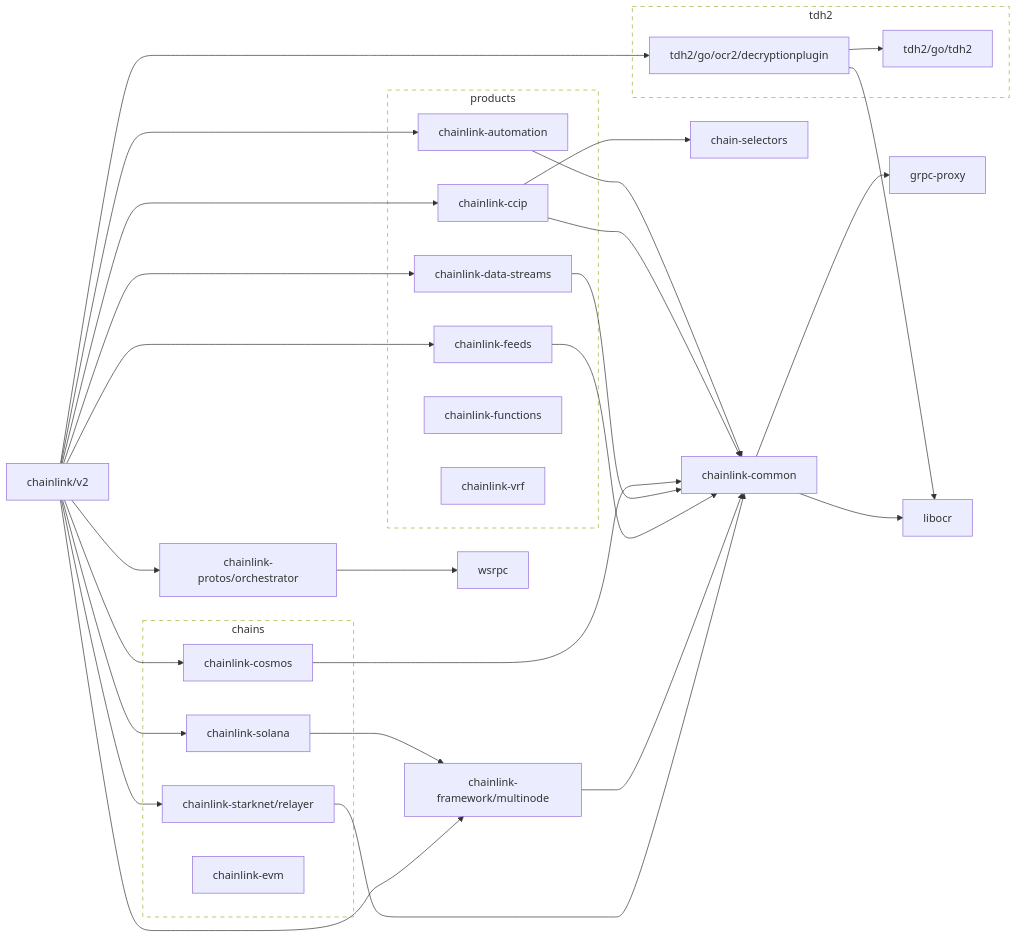
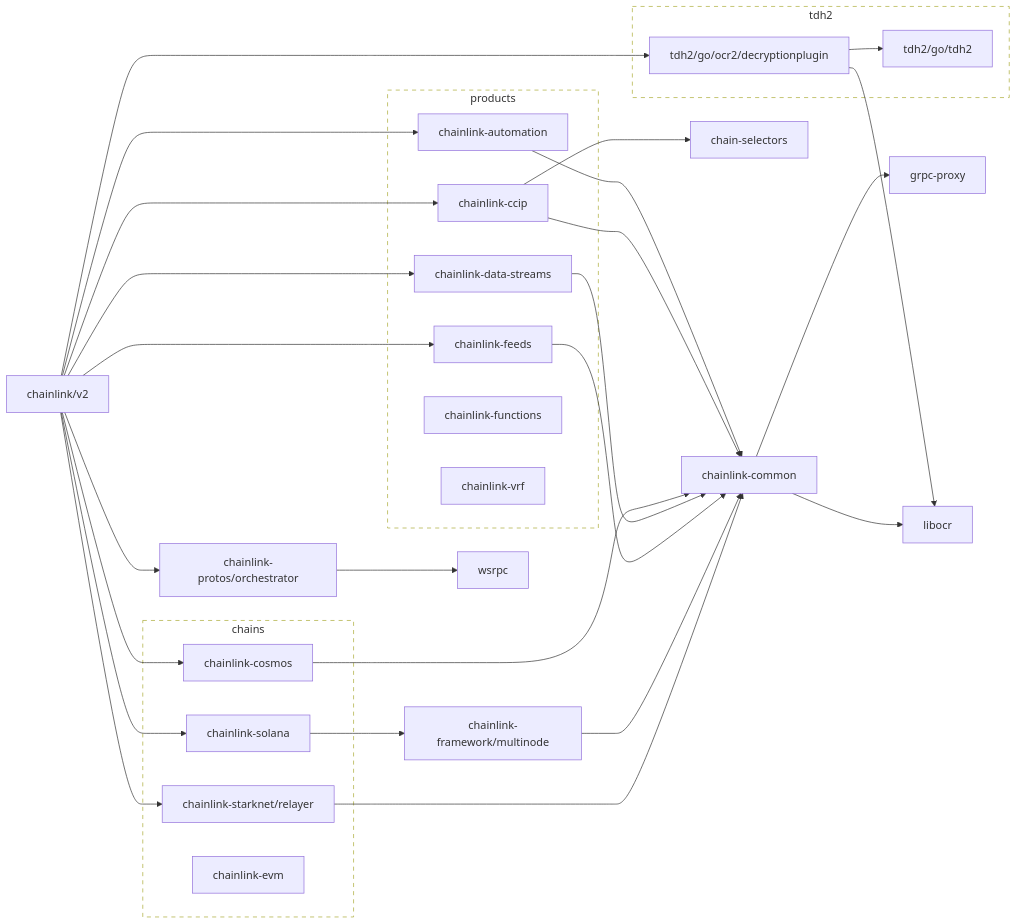
Before and after one commit to JohnDaWalka/chainlink: the first of 2 diagrams in go.md, drawn with Mermaid. The commit also changed other lines of this file, not shown here.

````diff
--- a/go.md
+++ b/go.md
@@ -3,77 +3,76 @@
 ```mermaid
 flowchart LR
   subgraph chains
     chainlink-cosmos
     chainlink-solana
     chainlink-starknet/relayer
     chainlink-evm
   end
 
   subgraph products
     chainlink-automation
     chainlink-ccip
     chainlink-data-streams
     chainlink-feeds
     chainlink-functions
     chainlink-vrf
   end
 
   classDef group stroke-dasharray:6,fill:none;
   class chains,products group
 
 	chain-selectors
 	click chain-selectors href "https://github.com/smartcontractkit/chain-selectors"
 	chainlink-automation --> chainlink-common
 	click chainlink-automation href "https://github.com/smartcontractkit/chainlink-automation"
 	chainlink-ccip --> chain-selectors
 	chainlink-ccip --> chainlink-common
 	click chainlink-ccip href "https://github.com/smartcontractkit/chainlink-ccip"
 	chainlink-common --> grpc-proxy
 	chainlink-common --> libocr
 	click chainlink-common href "https://github.com/smartcontractkit/chainlink-common"
 	chainlink-cosmos --> chainlink-common
 	click chainlink-cosmos href "https://github.com/smartcontractkit/chainlink-cosmos"
 	chainlink-data-streams --> chainlink-common
 	click chainlink-data-streams href "https://github.com/smartcontractkit/chainlink-data-streams"
 	chainlink-feeds --> chainlink-common
 	click chainlink-feeds href "https://github.com/smartcontractkit/chainlink-feeds"
 	chainlink-framework/multinode --> chainlink-common
 	click chainlink-framework/multinode href "https://github.com/smartcontractkit/chainlink-framework"
 	chainlink-protos/orchestrator --> wsrpc
 	click chainlink-protos/orchestrator href "https://github.com/smartcontractkit/chainlink-protos"
 	chainlink-solana --> chainlink-framework/multinode
 	click chainlink-solana href "https://github.com/smartcontractkit/chainlink-solana"
 	chainlink-starknet/relayer --> chainlink-common
 	click chainlink-starknet/relayer href "https://github.com/smartcontractkit/chainlink-starknet"
 	chainlink/v2 --> chainlink-automation
 	chainlink/v2 --> chainlink-ccip
 	chainlink/v2 --> chainlink-cosmos
 	chainlink/v2 --> chainlink-data-streams
 	chainlink/v2 --> chainlink-feeds
-	chainlink/v2 --> chainlink-framework/multinode
 	chainlink/v2 --> chainlink-protos/orchestrator
 	chainlink/v2 --> chainlink-solana
 	chainlink/v2 --> chainlink-starknet/relayer
 	chainlink/v2 --> tdh2/go/ocr2/decryptionplugin
 	click chainlink/v2 href "https://github.com/smartcontractkit/chainlink"
 	grpc-proxy
 	click grpc-proxy href "https://github.com/smartcontractkit/grpc-proxy"
 	libocr
 	click libocr href "https://github.com/smartcontractkit/libocr"
 	tdh2/go/ocr2/decryptionplugin --> libocr
 	tdh2/go/ocr2/decryptionplugin --> tdh2/go/tdh2
 	click tdh2/go/ocr2/decryptionplugin href "https://github.com/smartcontractkit/tdh2"
 	tdh2/go/tdh2
 	click tdh2/go/tdh2 href "https://github.com/smartcontractkit/tdh2"
 	wsrpc
 	click wsrpc href "https://github.com/smartcontractkit/wsrpc"
 
 	subgraph tdh2-repo[tdh2]
 		 tdh2/go/ocr2/decryptionplugin
 		 tdh2/go/tdh2
 	end
 	click tdh2-repo href "https://github.com/smartcontractkit/tdh2"
 
 	classDef outline stroke-dasharray:6,fill:none;
 	class tdh2-repo outline
 ```
````
